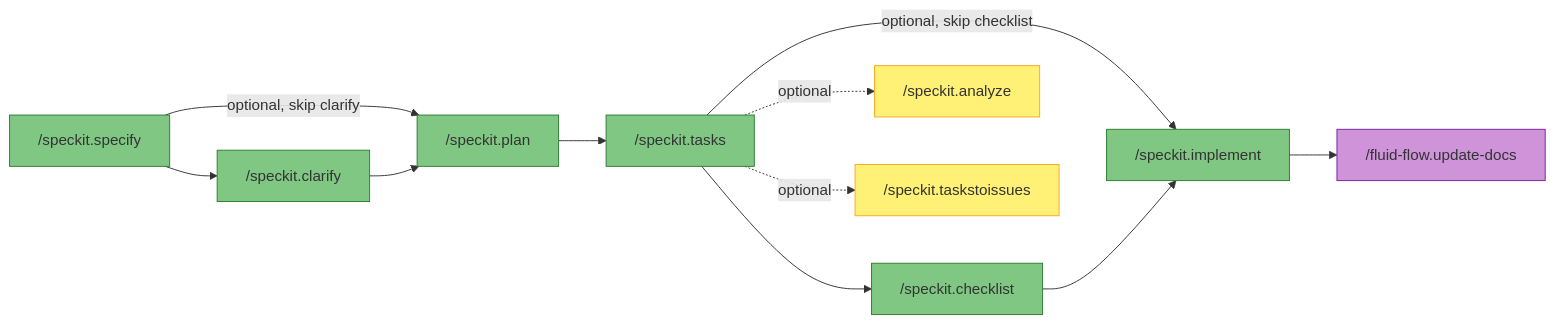
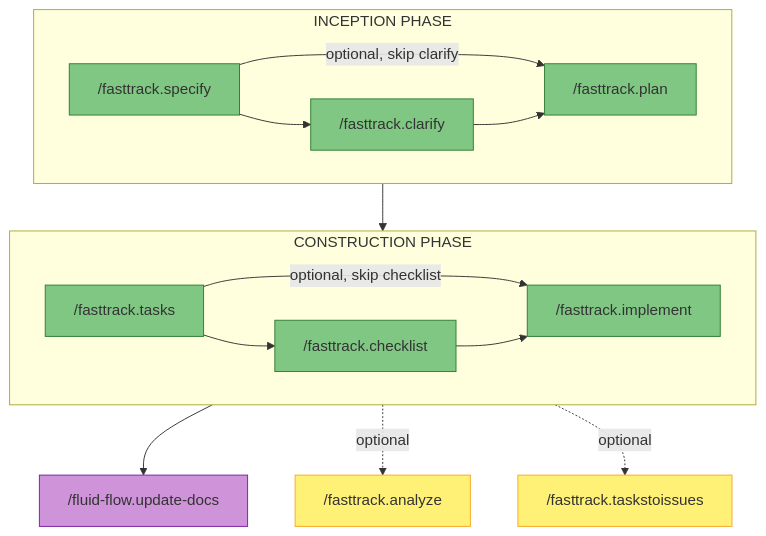
Before and after one commit to premkumarjanagarajan/fluid-flow-ai: the second of 3 diagrams in docs/WORKFLOWS.md, drawn with Mermaid. The commit also changed other lines of this file and 105 other files, not shown here.

````diff
--- a/docs/WORKFLOWS.md
+++ b/docs/WORKFLOWS.md
@@ -148,24 +149,32 @@
 ```mermaid
-flowchart LR
-    S1["/speckit.specify"] --> S2["/speckit.clarify"]
-    S1 -->|"optional, skip clarify"| S3
-    S2 --> S3["/speckit.plan"]
-    S3 --> S4["/speckit.tasks"]
-    S4 --> S5["/speckit.checklist"]
-    S4 -->|"optional, skip checklist"| S6
-    S5 --> S6["/speckit.implement"]
+flowchart TB
+    subgraph INCEPTION["INCEPTION PHASE"]
+        direction LR
+        S1["/fasttrack.specify"] --> S2["/fasttrack.clarify"]
+        S1 -->|"optional, skip clarify"| S3
+        S2 --> S3["/fasttrack.plan"]
+    end
+
+    subgraph CONSTRUCTION["CONSTRUCTION PHASE"]
+        direction LR
+        S4["/fasttrack.tasks"] --> S5["/fasttrack.checklist"]
+        S4 -->|"optional, skip checklist"| S6
+        S5 --> S6["/fasttrack.implement"]
+    end
+
+    S3 --> S4
     S6 --> S9["/fluid-flow.update-docs"]
 
-    S4 -.->|optional| S7["/speckit.analyze"]
-    S4 -.->|optional| S8["/speckit.taskstoissues"]
+    S4 -.->|optional| S7["/fasttrack.analyze"]
+    S4 -.->|optional| S8["/fasttrack.taskstoissues"]
 
     style S1 fill:#81C784,stroke:#2E7D32
     style S2 fill:#81C784,stroke:#2E7D32
     style S3 fill:#81C784,stroke:#2E7D32
     style S4 fill:#81C784,stroke:#2E7D32
     style S5 fill:#81C784,stroke:#2E7D32
     style S6 fill:#81C784,stroke:#2E7D32
     style S7 fill:#FFF176,stroke:#F9A825
     style S8 fill:#FFF176,stroke:#F9A825
     style S9 fill:#CE93D8,stroke:#7B1FA2
 ```
````
